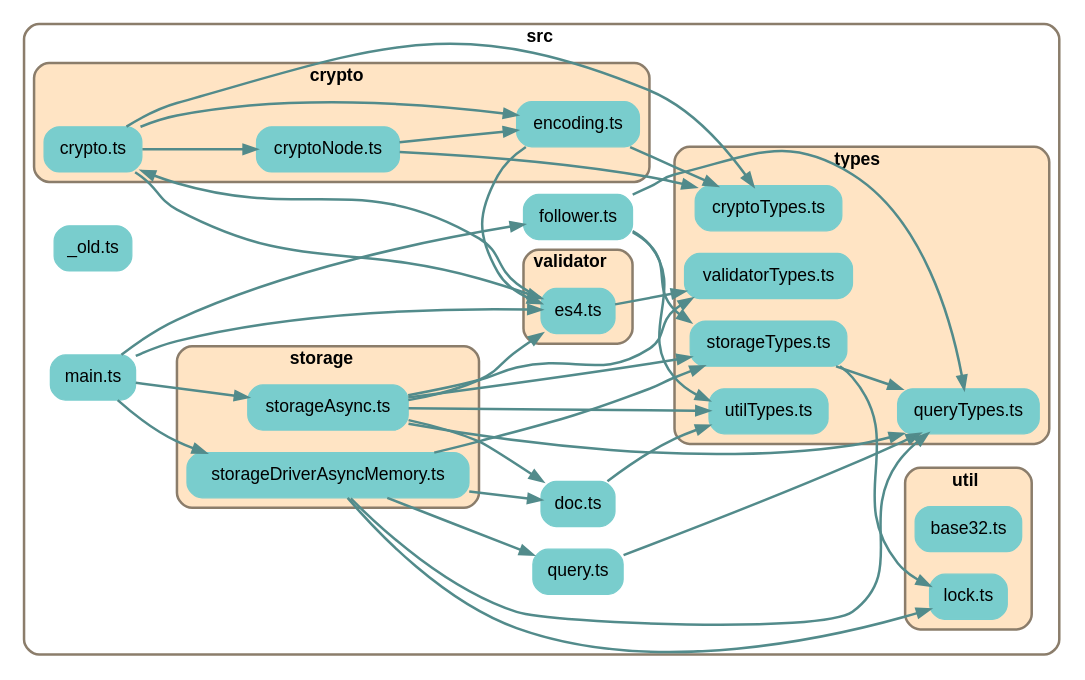
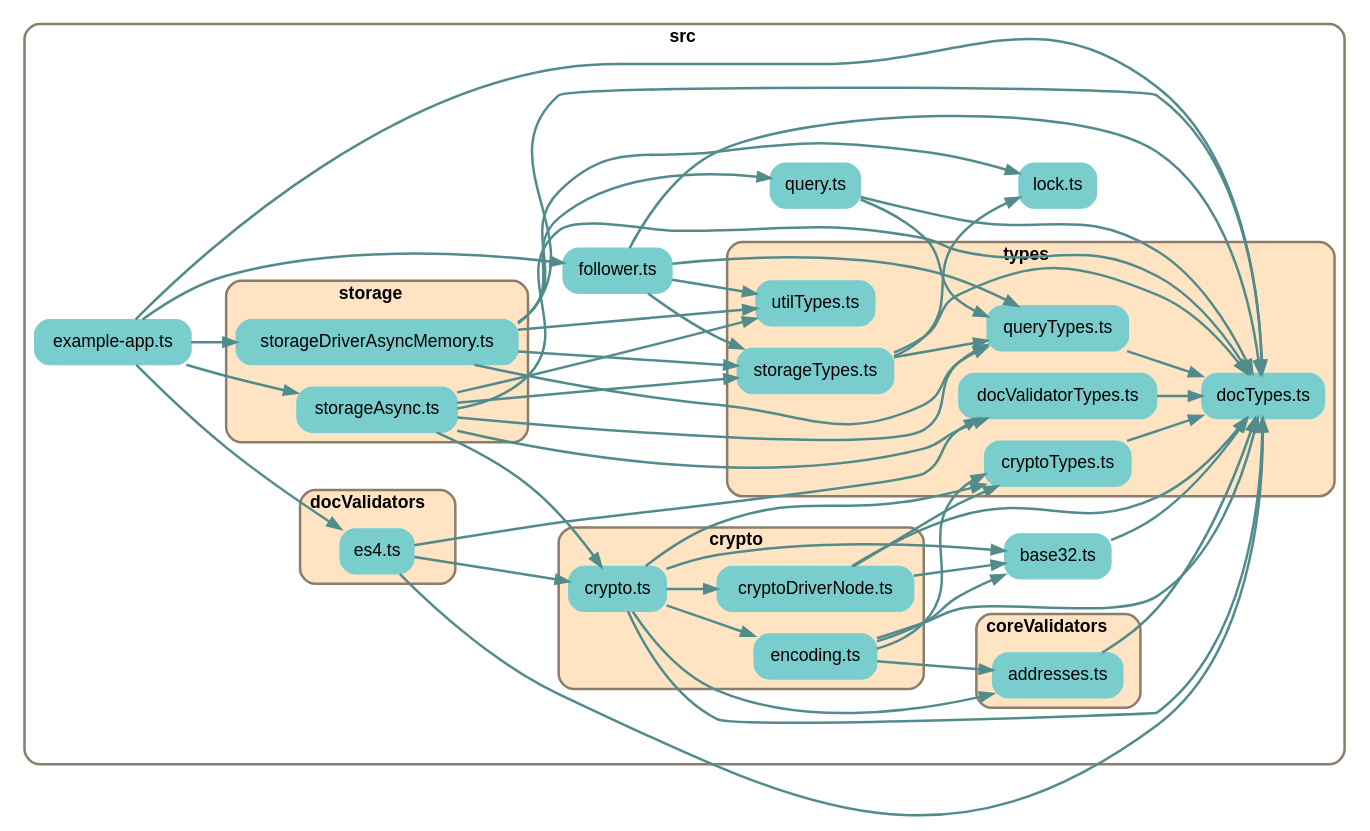
Before and after one commit to earthstar-project/earthstar: the diagram in depchart/depchart-most.dot, drawn with Graphviz. The commit also changed 34 other files, not shown here.

```diff
--- a/depchart/depchart-most.dot
+++ b/depchart/depchart-most.dot
@@ -1,120 +1,135 @@
 
 digraph G {
     //splines=line;
     //splines=polyline;
     splines=true;
     rankdir=LR;
     //newrank=true;
     compound=true;
     graph [fontname = "helvetica"];  // dpi=72
     node [fontname = "helvetica"];
     edge [fontname = "helvetica"];
     
     // files in their folder clusters
 
-    subgraph cluster866242721 {
+    subgraph cluster8050137510 {
         label=<<b>src</b>>;
         style="rounded";
         color=bisque4;
         penwidth=2;
                 
-        "src/_old.ts" [label="_old.ts", shape=rectangle; style="rounded,filled"; color=darkslategray3];
-        "src/doc.ts" [label="doc.ts", shape=rectangle; style="rounded,filled"; color=darkslategray3];
+        "src/base32.ts" [label="base32.ts", shape=rectangle; style="rounded,filled"; color=darkslategray3];
+        "src/example-app.ts" [label="example-app.ts", shape=rectangle; style="rounded,filled"; color=darkslategray3];
         "src/follower.ts" [label="follower.ts", shape=rectangle; style="rounded,filled"; color=darkslategray3];
-        "src/main.ts" [label="main.ts", shape=rectangle; style="rounded,filled"; color=darkslategray3];
+        "src/lock.ts" [label="lock.ts", shape=rectangle; style="rounded,filled"; color=darkslategray3];
         "src/query.ts" [label="query.ts", shape=rectangle; style="rounded,filled"; color=darkslategray3];
 
-        subgraph cluster5736567750 {
+        subgraph cluster5708593272 {
+            label=<<b>coreValidators</b>>;
+            style="rounded,filled";
+            fillcolor=bisque;
+            color=bisque4;
+            penwidth=2;
+                
+            "src/coreValidators/addresses.ts" [label="addresses.ts", shape=rectangle; style="rounded,filled"; color=darkslategray3];
+        }
+
+        subgraph cluster1309598077 {
             label=<<b>crypto</b>>;
             style="rounded,filled";
             fillcolor=bisque;
             color=bisque4;
             penwidth=2;
                 
             "src/crypto/crypto.ts" [label="crypto.ts", shape=rectangle; style="rounded,filled"; color=darkslategray3];
-            "src/crypto/cryptoNode.ts" [label="cryptoNode.ts", shape=rectangle; style="rounded,filled"; color=darkslategray3];
+            "src/crypto/cryptoDriverNode.ts" [label="cryptoDriverNode.ts", shape=rectangle; style="rounded,filled"; color=darkslategray3];
             "src/crypto/encoding.ts" [label="encoding.ts", shape=rectangle; style="rounded,filled"; color=darkslategray3];
         }
 
-        subgraph cluster545681161 {
+        subgraph cluster4561273787 {
+            label=<<b>docValidators</b>>;
+            style="rounded,filled";
+            fillcolor=bisque;
+            color=bisque4;
+            penwidth=2;
+                
+            "src/docValidators/es4.ts" [label="es4.ts", shape=rectangle; style="rounded,filled"; color=darkslategray3];
+        }
+
+        subgraph cluster2652589187 {
             label=<<b>storage</b>>;
             style="rounded,filled";
             fillcolor=bisque;
             color=bisque4;
             penwidth=2;
                 
             "src/storage/storageAsync.ts" [label="storageAsync.ts", shape=rectangle; style="rounded,filled"; color=darkslategray3];
             "src/storage/storageDriverAsyncMemory.ts" [label="storageDriverAsyncMemory.ts", shape=rectangle; style="rounded,filled"; color=darkslategray3];
         }
 
-        subgraph cluster7827548194 {
+        subgraph cluster1110604010 {
             label=<<b>types</b>>;
             style="rounded,filled";
             fillcolor=bisque;
             color=bisque4;
             penwidth=2;
                 
             "src/types/cryptoTypes.ts" [label="cryptoTypes.ts", shape=rectangle; style="rounded,filled"; color=darkslategray3];
+            "src/types/docTypes.ts" [label="docTypes.ts", shape=rectangle; style="rounded,filled"; color=darkslategray3];
+            "src/types/docValidatorTypes.ts" [label="docValidatorTypes.ts", shape=rectangle; style="rounded,filled"; color=darkslategray3];
             "src/types/queryTypes.ts" [label="queryTypes.ts", shape=rectangle; style="rounded,filled"; color=darkslategray3];
             "src/types/storageTypes.ts" [label="storageTypes.ts", shape=rectangle; style="rounded,filled"; color=darkslategray3];
             "src/types/utilTypes.ts" [label="utilTypes.ts", shape=rectangle; style="rounded,filled"; color=darkslategray3];
-            "src/types/validatorTypes.ts" [label="validatorTypes.ts", shape=rectangle; style="rounded,filled"; color=darkslategray3];
-        }
-
-        subgraph cluster3227502810 {
-            label=<<b>util</b>>;
-            style="rounded,filled";
-            fillcolor=bisque;
-            color=bisque4;
-            penwidth=2;
-                
-            "src/util/base32.ts" [label="base32.ts", shape=rectangle; style="rounded,filled"; color=darkslategray3];
-            "src/util/lock.ts" [label="lock.ts", shape=rectangle; style="rounded,filled"; color=darkslategray3];
-        }
-
-        subgraph cluster4702086311 {
-            label=<<b>validator</b>>;
-            style="rounded,filled";
-            fillcolor=bisque;
-            color=bisque4;
-            penwidth=2;
-                
-            "src/validator/es4.ts" [label="es4.ts", shape=rectangle; style="rounded,filled"; color=darkslategray3];
         }
     }
 
     // edges between files
-    "src/crypto/crypto.ts" -> "src/crypto/cryptoNode.ts" [penwidth=2; color=darkslategray4];
+    "src/base32.ts" -> "src/types/docTypes.ts" [penwidth=2; color=darkslategray4];
+    "src/coreValidators/addresses.ts" -> "src/types/docTypes.ts" [penwidth=2; color=darkslategray4];
+    "src/crypto/crypto.ts" -> "src/crypto/cryptoDriverNode.ts" [penwidth=2; color=darkslategray4];
+    "src/crypto/crypto.ts" -> "src/types/docTypes.ts" [penwidth=2; color=darkslategray4];
     "src/crypto/crypto.ts" -> "src/types/cryptoTypes.ts" [penwidth=2; color=darkslategray4];
+    "src/crypto/crypto.ts" -> "src/base32.ts" [penwidth=2; color=darkslategray4];
     "src/crypto/crypto.ts" -> "src/crypto/encoding.ts" [penwidth=2; color=darkslategray4];
-    "src/crypto/crypto.ts" -> "src/validator/es4.ts" [penwidth=2; color=darkslategray4];
-    "src/crypto/cryptoNode.ts" -> "src/types/cryptoTypes.ts" [penwidth=2; color=darkslategray4];
-    "src/crypto/cryptoNode.ts" -> "src/crypto/encoding.ts" [penwidth=2; color=darkslategray4];
+    "src/crypto/crypto.ts" -> "src/coreValidators/addresses.ts" [penwidth=2; color=darkslategray4];
+    "src/crypto/cryptoDriverNode.ts" -> "src/types/docTypes.ts" [penwidth=2; color=darkslategray4];
+    "src/crypto/cryptoDriverNode.ts" -> "src/types/cryptoTypes.ts" [penwidth=2; color=darkslategray4];
+    "src/crypto/cryptoDriverNode.ts" -> "src/base32.ts" [penwidth=2; color=darkslategray4];
+    "src/crypto/encoding.ts" -> "src/types/docTypes.ts" [penwidth=2; color=darkslategray4];
+    "src/crypto/encoding.ts" -> "src/base32.ts" [penwidth=2; color=darkslategray4];
     "src/crypto/encoding.ts" -> "src/types/cryptoTypes.ts" [penwidth=2; color=darkslategray4];
-    "src/crypto/encoding.ts" -> "src/validator/es4.ts" [penwidth=2; color=darkslategray4];
-    "src/doc.ts" -> "src/types/utilTypes.ts" [penwidth=2; color=darkslategray4];
+    "src/crypto/encoding.ts" -> "src/coreValidators/addresses.ts" [penwidth=2; color=darkslategray4];
+    "src/docValidators/es4.ts" -> "src/types/docTypes.ts" [penwidth=2; color=darkslategray4];
+    "src/docValidators/es4.ts" -> "src/types/docValidatorTypes.ts" [penwidth=2; color=darkslategray4];
+    "src/docValidators/es4.ts" -> "src/crypto/crypto.ts" [penwidth=2; color=darkslategray4];
+    "src/example-app.ts" -> "src/types/docTypes.ts" [penwidth=2; color=darkslategray4];
+    "src/example-app.ts" -> "src/docValidators/es4.ts" [penwidth=2; color=darkslategray4];
+    "src/example-app.ts" -> "src/storage/storageDriverAsyncMemory.ts" [penwidth=2; color=darkslategray4];
+    "src/example-app.ts" -> "src/storage/storageAsync.ts" [penwidth=2; color=darkslategray4];
+    "src/example-app.ts" -> "src/follower.ts" [penwidth=2; color=darkslategray4];
     "src/follower.ts" -> "src/types/utilTypes.ts" [penwidth=2; color=darkslategray4];
+    "src/follower.ts" -> "src/types/docTypes.ts" [penwidth=2; color=darkslategray4];
     "src/follower.ts" -> "src/types/queryTypes.ts" [penwidth=2; color=darkslategray4];
     "src/follower.ts" -> "src/types/storageTypes.ts" [penwidth=2; color=darkslategray4];
-    "src/main.ts" -> "src/validator/es4.ts" [penwidth=2; color=darkslategray4];
-    "src/main.ts" -> "src/follower.ts" [penwidth=2; color=darkslategray4];
-    "src/main.ts" -> "src/storage/storageDriverAsyncMemory.ts" [penwidth=2; color=darkslategray4];
-    "src/main.ts" -> "src/storage/storageAsync.ts" [penwidth=2; color=darkslategray4];
+    "src/query.ts" -> "src/types/docTypes.ts" [penwidth=2; color=darkslategray4];
     "src/query.ts" -> "src/types/queryTypes.ts" [penwidth=2; color=darkslategray4];
     "src/storage/storageAsync.ts" -> "src/types/utilTypes.ts" [penwidth=2; color=darkslategray4];
+    "src/storage/storageAsync.ts" -> "src/types/docTypes.ts" [penwidth=2; color=darkslategray4];
     "src/storage/storageAsync.ts" -> "src/types/queryTypes.ts" [penwidth=2; color=darkslategray4];
     "src/storage/storageAsync.ts" -> "src/types/storageTypes.ts" [penwidth=2; color=darkslategray4];
-    "src/storage/storageAsync.ts" -> "src/types/validatorTypes.ts" [penwidth=2; color=darkslategray4];
-    "src/storage/storageAsync.ts" -> "src/doc.ts" [penwidth=2; color=darkslategray4];
-    "src/storage/storageAsync.ts" -> "src/validator/es4.ts" [penwidth=2; color=darkslategray4];
+    "src/storage/storageAsync.ts" -> "src/types/docValidatorTypes.ts" [penwidth=2; color=darkslategray4];
+    "src/storage/storageAsync.ts" -> "src/crypto/crypto.ts" [penwidth=2; color=darkslategray4];
+    "src/storage/storageDriverAsyncMemory.ts" -> "src/types/utilTypes.ts" [penwidth=2; color=darkslategray4];
+    "src/storage/storageDriverAsyncMemory.ts" -> "src/types/docTypes.ts" [penwidth=2; color=darkslategray4];
     "src/storage/storageDriverAsyncMemory.ts" -> "src/types/queryTypes.ts" [penwidth=2; color=darkslategray4];
     "src/storage/storageDriverAsyncMemory.ts" -> "src/types/storageTypes.ts" [penwidth=2; color=darkslategray4];
-    "src/storage/storageDriverAsyncMemory.ts" -> "src/util/lock.ts" [penwidth=2; color=darkslategray4];
-    "src/storage/storageDriverAsyncMemory.ts" -> "src/doc.ts" [penwidth=2; color=darkslategray4];
     "src/storage/storageDriverAsyncMemory.ts" -> "src/query.ts" [penwidth=2; color=darkslategray4];
+    "src/storage/storageDriverAsyncMemory.ts" -> "src/lock.ts" [penwidth=2; color=darkslategray4];
+    "src/types/cryptoTypes.ts" -> "src/types/docTypes.ts" [penwidth=2; color=darkslategray4];
+    "src/types/docValidatorTypes.ts" -> "src/types/docTypes.ts" [penwidth=2; color=darkslategray4];
+    "src/types/queryTypes.ts" -> "src/types/docTypes.ts" [penwidth=2; color=darkslategray4];
+    "src/types/storageTypes.ts" -> "src/types/docTypes.ts" [penwidth=2; color=darkslategray4];
     "src/types/storageTypes.ts" -> "src/types/queryTypes.ts" [penwidth=2; color=darkslategray4];
-    "src/types/storageTypes.ts" -> "src/util/lock.ts" [penwidth=2; color=darkslategray4];
-    "src/validator/es4.ts" -> "src/types/validatorTypes.ts" [penwidth=2; color=darkslategray4];
-    "src/validator/es4.ts" -> "src/crypto/crypto.ts" [penwidth=2; color=darkslategray4];
+    "src/types/storageTypes.ts" -> "src/lock.ts" [penwidth=2; color=darkslategray4];
 
 }
```
